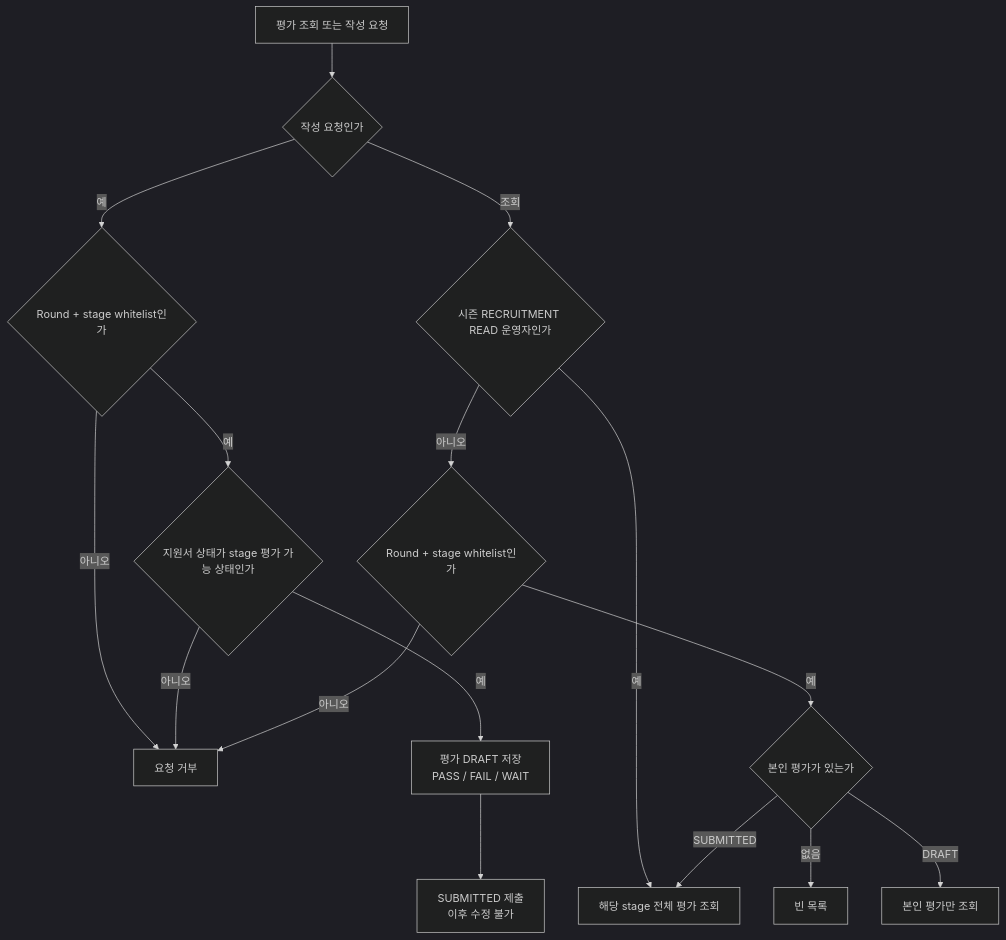
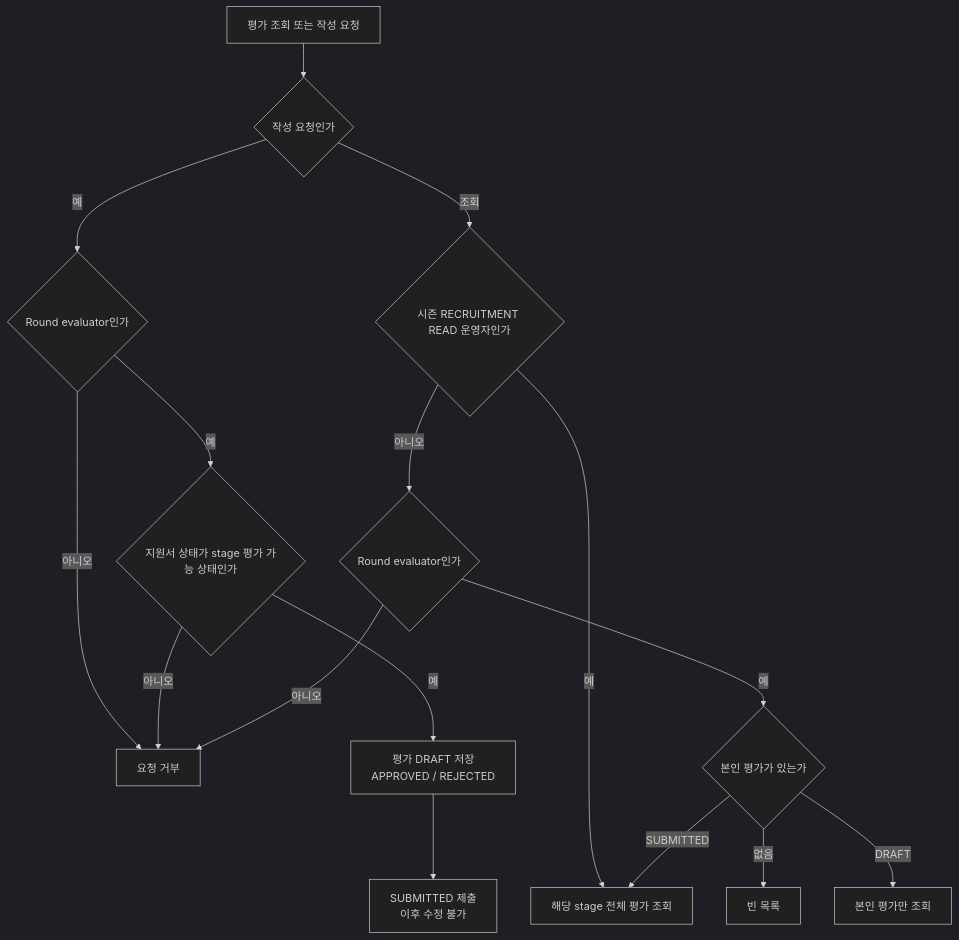
Before and after one commit to UMC-PRODUCT/cygnus-server: the seventh of 10 diagrams in docs/onboarding/domain/recruiting-diagrams.md, drawn with Mermaid (dark theme). The commit also changed other lines of this file and 48 other files, not shown here.

````diff
--- a/docs/onboarding/domain/recruiting-diagrams.md
+++ b/docs/onboarding/domain/recruiting-diagrams.md
@@ -278,19 +277,19 @@
 ```mermaid
 flowchart TD
     Request["평가 조회 또는 작성 요청"] --> Action{"작성 요청인가"}
-    Action -->|"예"| Scope{"Round + stage whitelist인가"}
+    Action -->|"예"| Scope{"Round evaluator인가"}
     Scope -->|"아니오"| Reject["요청 거부"]
     Scope -->|"예"| Stage{"지원서 상태가 stage 평가 가능 상태인가"}
     Stage -->|"아니오"| Reject
-    Stage -->|"예"| Draft["평가 DRAFT 저장<br/>PASS / FAIL / WAIT"]
+    Stage -->|"예"| Draft["평가 DRAFT 저장<br/>APPROVED / REJECTED"]
     Draft --> Submit["SUBMITTED 제출<br/>이후 수정 불가"]
 
     Action -->|"조회"| Operator{"시즌 RECRUITMENT READ 운영자인가"}
     Operator -->|"예"| All["해당 stage 전체 평가 조회"]
-    Operator -->|"아니오"| ReadScope{"Round + stage whitelist인가"}
+    Operator -->|"아니오"| ReadScope{"Round evaluator인가"}
     ReadScope -->|"아니오"| Reject
     ReadScope -->|"예"| Own{"본인 평가가 있는가"}
     Own -->|"없음"| Empty["빈 목록"]
     Own -->|"DRAFT"| OwnOnly["본인 평가만 조회"]
     Own -->|"SUBMITTED"| All
 ```
````
